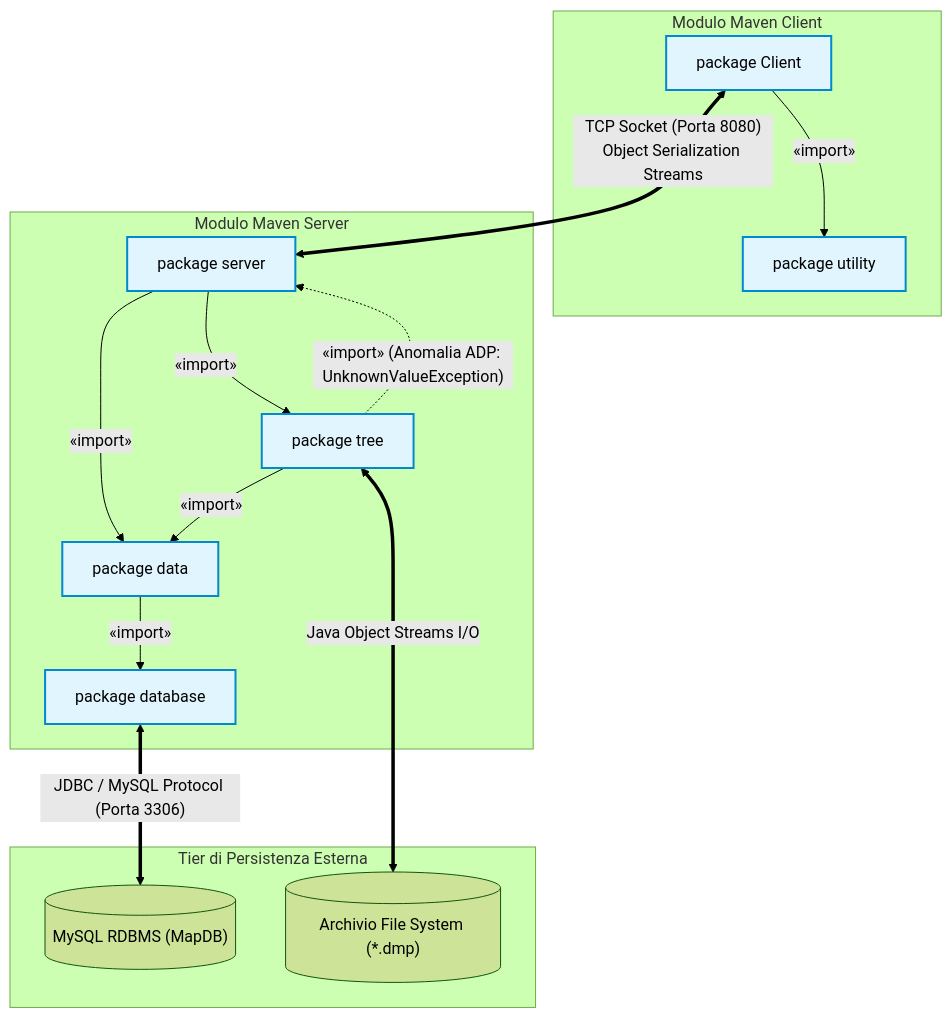
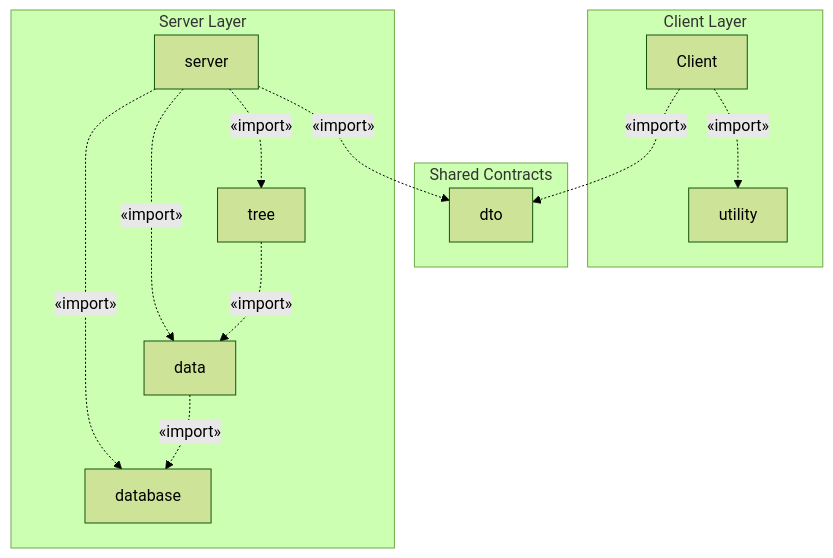
Before and after one commit to MarcoDiana/Albero_di_regressione: the first of 11 diagrams in docs/architettura-uml-oop.md, drawn with Mermaid (forest theme). The commit also changed other lines of this file and 3 other files, not shown here.

Commit message:
docs: ottimizza architettura-uml-oop con soli diagrammi UML e rendering PDF/MD verificato

````diff
--- a/docs/architettura-uml-oop.md
+++ b/docs/architettura-uml-oop.md
@@ -413,38 +5,27 @@
 ```mermaid
 flowchart TD
-    subgraph Client_Module ["Modulo Maven Client"]
-        P_CLIENT["package Client"]
-        P_UTIL["package utility"]
+    subgraph ClientLayer ["Client Layer"]
+        PkgClient["Client"]
+        PkgUtility["utility"]
     end
 
-    subgraph Server_Module ["Modulo Maven Server"]
-        P_SERVER["package server"]
-        P_TREE["package tree"]
-        P_DATA["package data"]
-        P_DB["package database"]
+    subgraph DtoLayer ["Shared Contracts"]
+        PkgDto["dto"]
     end
 
-    subgraph External_Tier ["Tier di Persistenza Esterna"]
-        MYSQL[("MySQL RDBMS (MapDB)")]
-        FILESYSTEM[("Archivio File System (*.dmp)")]
+    subgraph ServerLayer ["Server Layer"]
+        PkgServer["server"]
+        PkgTree["tree"]
+        PkgData["data"]
+        PkgDatabase["database"]
     end
 
-    %% Relazioni «import» esplicite
-    P_CLIENT -->|"«import»"| P_UTIL
-    P_SERVER -->|"«import»"| P_TREE
-    P_SERVER -->|"«import»"| P_DATA
-    P_TREE -->|"«import»"| P_DATA
-    P_DATA -->|"«import»"| P_DB
-
-    %% Anomalia Architetturale Ciclica Evidenziata
-    P_TREE -.->|"«import» (Anomalia ADP: UnknownValueException)"| P_SERVER
-
-    %% Canali di Rete e Persistenza
-    P_CLIENT <==>|"TCP Socket (Porta 8080)<br/>Object Serialization Streams"| P_SERVER
-    P_DB <==>|"JDBC / MySQL Protocol (Porta 3306)"| MYSQL
-    P_TREE <==>|"Java Object Streams I/O"| FILESYSTEM
-
-    classDef pkg fill:#e1f5fe,stroke:#0288d1,stroke-width:2px;
-    classDef anomaly stroke:#d32f2f,stroke-width:2px,stroke-dasharray: 5 5;
-    class P_CLIENT,P_UTIL,P_SERVER,P_TREE,P_DATA,P_DB pkg;
+    PkgClient -.->|"«import»"| PkgUtility
+    PkgClient -.->|"«import»"| PkgDto
+    PkgServer -.->|"«import»"| PkgTree
+    PkgServer -.->|"«import»"| PkgData
+    PkgServer -.->|"«import»"| PkgDatabase
+    PkgServer -.->|"«import»"| PkgDto
+    PkgTree -.->|"«import»"| PkgData
+    PkgData -.->|"«import»"| PkgDatabase
 ```
````
